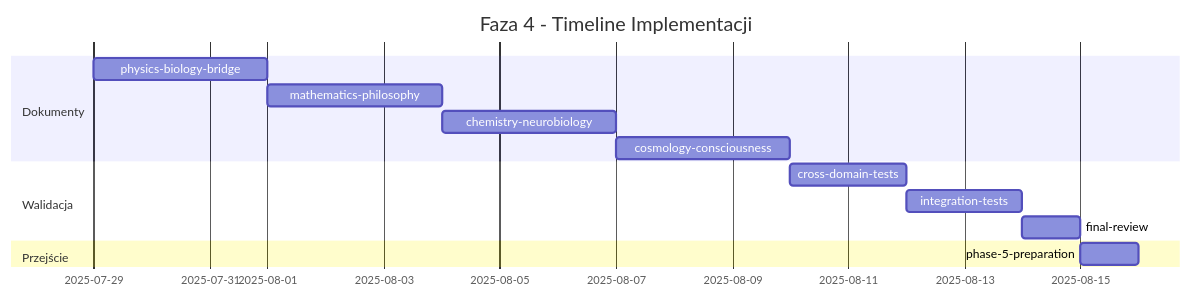
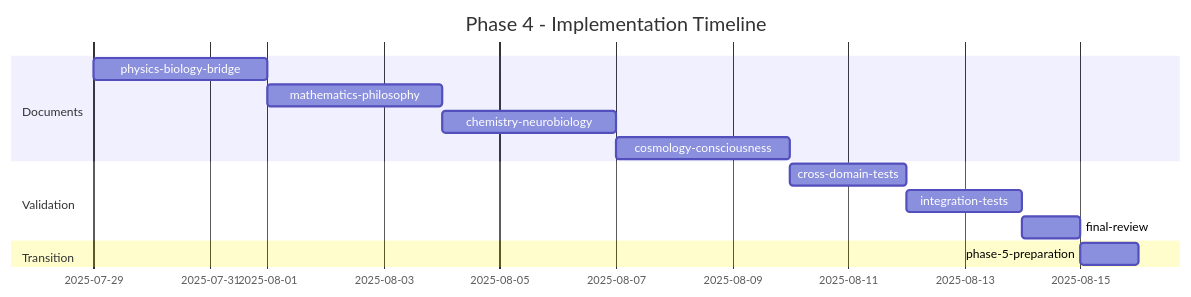
Before and after one commit to piopio314/THEORY-OF-CONSCIOUS-INFORMATIONAL-DETERMINATION: the sixth of 8 diagrams in theory/phase-4-interdisciplinary-integration/DIAGRAMS.md, drawn with Mermaid. The commit also changed other lines of this file and 23 other files, not shown here.

````diff
--- a/theory/phase-4-interdisciplinary-integration/DIAGRAMS.md
+++ b/theory/phase-4-interdisciplinary-integration/DIAGRAMS.md
@@ -191,18 +191,18 @@
 ```mermaid
 gantt
-    title Faza 4 - Timeline Implementacji
+    title Phase 4 - Implementation Timeline
     dateFormat  YYYY-MM-DD
-    section Dokumenty
+    section Documents
     physics-biology-bridge    :2025-07-29, 3d
     mathematics-philosophy    :2025-08-01, 3d
     chemistry-neurobiology    :2025-08-04, 3d
     cosmology-consciousness   :2025-08-07, 3d
     
-    section Walidacja
+    section Validation
     cross-domain-tests        :2025-08-10, 2d
     integration-tests         :2025-08-12, 2d
     final-review              :2025-08-14, 1d
     
-    section Przejście
+    section Transition
     phase-5-preparation       :2025-08-15, 1d
 ```
````
